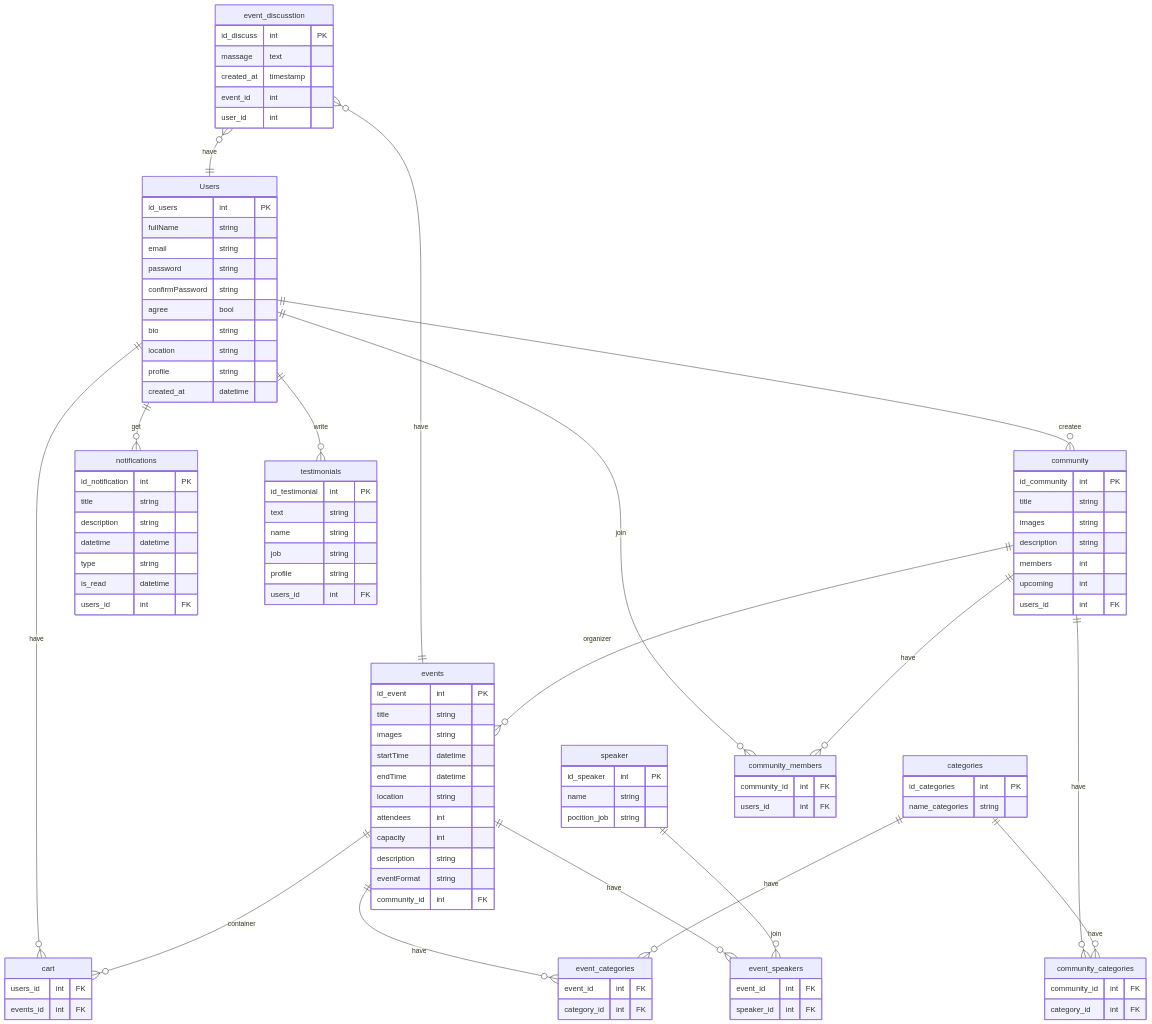
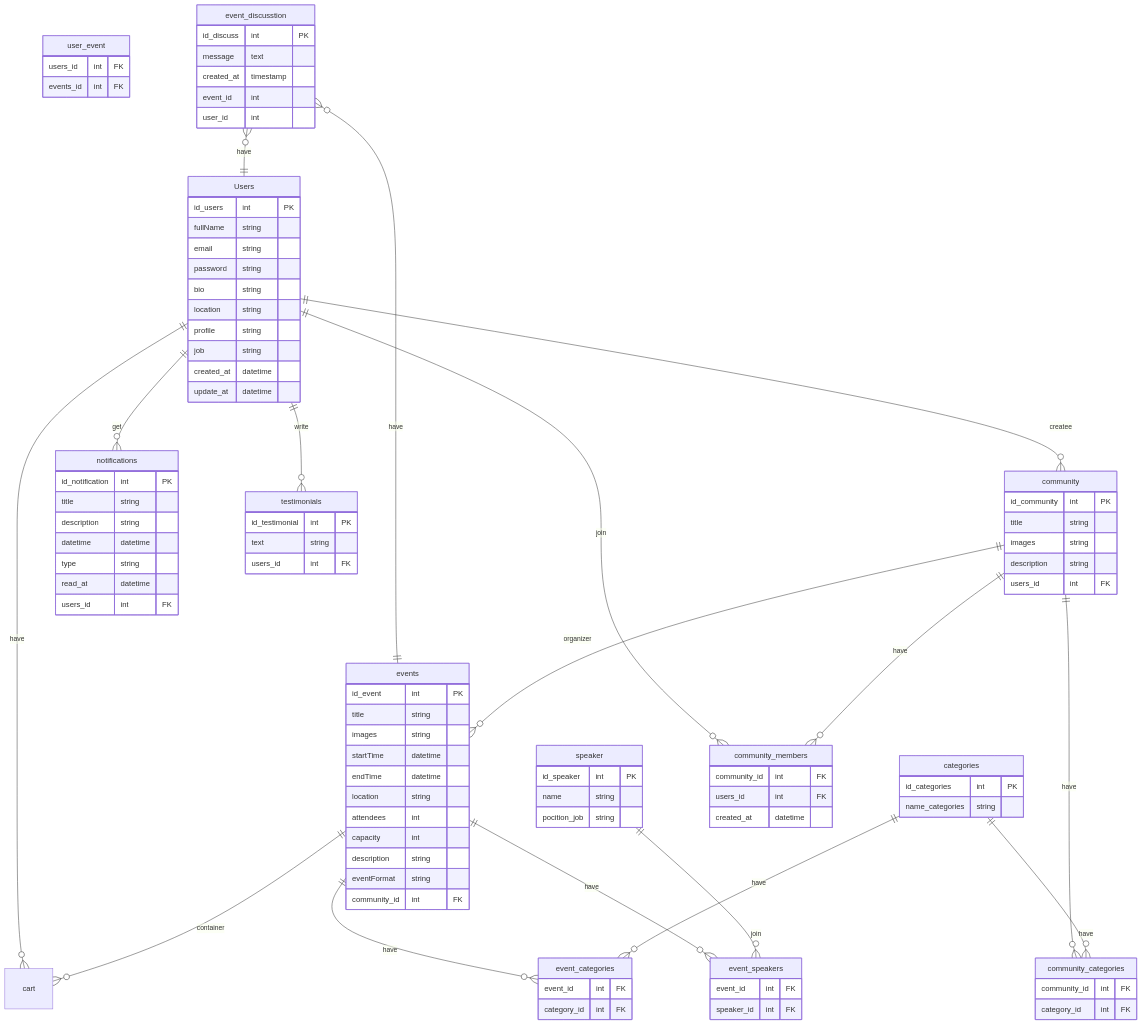
Before and after one commit to fatawaimamalmuftin/koda-b9-database: the diagram in Readme.md, drawn with Mermaid. The commit also changed 2 other files, not shown here.

Commit message:
fix: result refisi

```diff
--- a/Readme.md
+++ b/Readme.md
@@ -5,15 +5,15 @@
         fullName string
         email string
         password string
-        confirmPassword string
-        agree bool
         bio string
         location string
         profile string
+        job string
         created_at datetime
+        update_at datetime
     }
 
-    cart {
+    user_event {
         users_id int FK
         events_id int FK
     }
@@ -58,8 +58,6 @@
         title string
         images string
         description string
-        members int
-        upcoming int
         users_id int FK
     }
 
@@ -71,6 +69,7 @@
     community_members {
         community_id int FK
         users_id int FK
+        created_at datetime
     }
 
     notifications {
@@ -79,22 +78,19 @@
         description string
         datetime datetime
         type string
-        is_read datetime
+        read_at datetime
         users_id int FK
     }
 
     testimonials {
         id_testimonial int PK
         text string
-        name string
-        job string
-        profile string
         users_id int FK
     }
 
     event_discusstion {
         id_discuss int PK
-        massage text
+        message text
         created_at timestamp
         event_id int 
         user_id int
```
